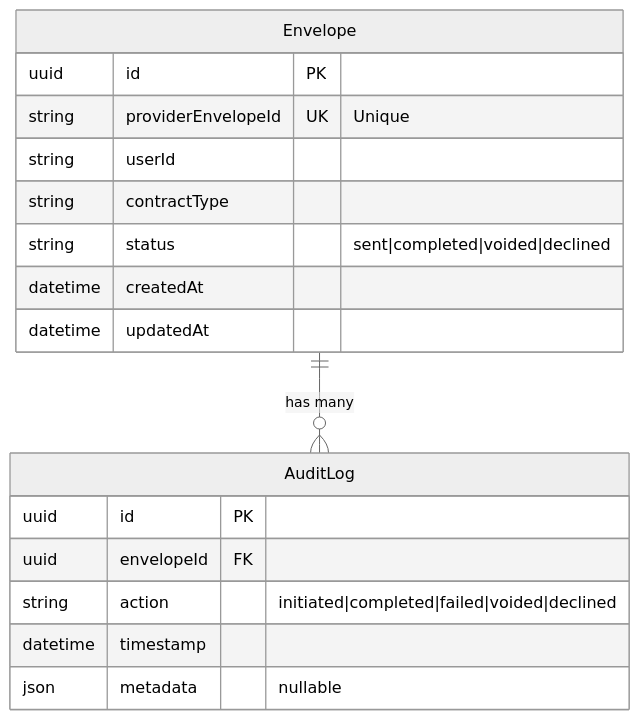
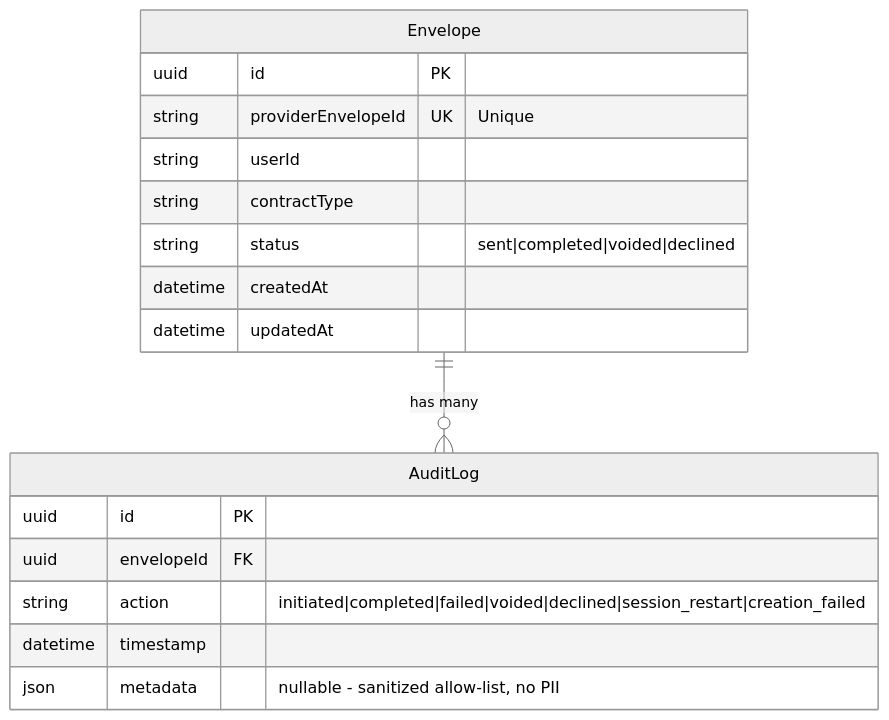
The fourth of 8 diagrams in docs/diagrams/mermaid-diagrams.md (blinkbitcoin/esign), drawn with Mermaid (neutral theme) before and after one commit. The commit also changed other lines of this file and 92 other files, not shown here.

First line of the commit message:
Rename core package to @blinkbitcoin/esign-core; diagrams + skill regenerated

````diff
--- a/docs/diagrams/mermaid-diagrams.md
+++ b/docs/diagrams/mermaid-diagrams.md
@@ -140,22 +146,22 @@
 ```mermaid
 erDiagram
     Envelope ||--o{ AuditLog : "has many"
 
     Envelope {
         uuid id PK
         string providerEnvelopeId UK "Unique"
         string userId
         string contractType
         string status "sent|completed|voided|declined"
         datetime createdAt
         datetime updatedAt
     }
 
     AuditLog {
         uuid id PK
         uuid envelopeId FK
-        string action "initiated|completed|failed|voided|declined"
+        string action "initiated|completed|failed|voided|declined|session_restart|creation_failed"
         datetime timestamp
-        json metadata "nullable"
+        json metadata "nullable - sanitized allow-list, no PII"
     }
 ```
````
